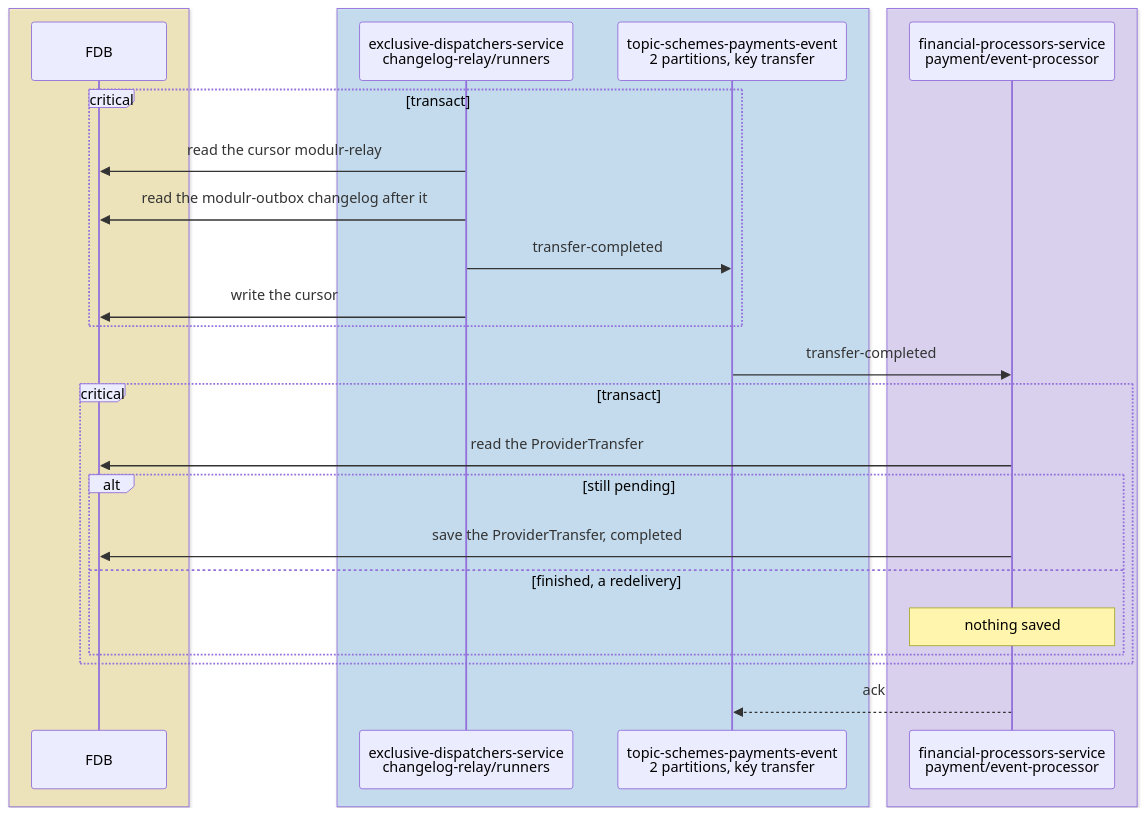
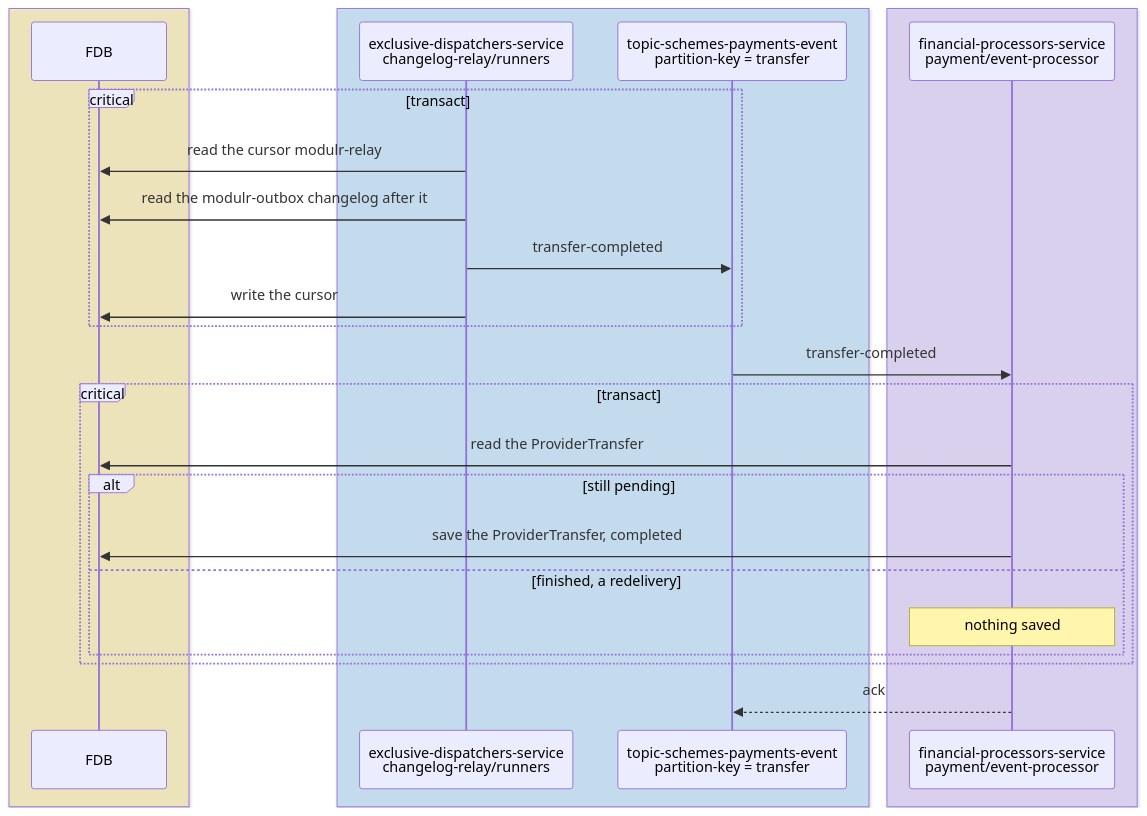
One commit to repldriven/queenswood changed the seventh of 7 diagrams in docs/tdd/payments-internal.md. Above: the diagram before and after it, drawn with Mermaid. The commit also changed other lines of this file, not shown here.

Commit message:
Name each topic's partition key rather than its partition count

````diff
--- a/docs/tdd/payments-internal.md
+++ b/docs/tdd/payments-internal.md
@@ -368,29 +364,29 @@
 ```mermaid
 sequenceDiagram
     box rgba(255, 236, 153, 0.5)
     participant DB as FDB
     end
     box rgba(165, 216, 255, 0.45)
     participant OR as exclusive-dispatchers-service<br/>changelog-relay/runners
-    participant SE as topic-schemes-payments-event<br/>2 partitions, key transfer
+    participant SE as topic-schemes-payments-event<br/>partition-key = transfer
     end
     box rgba(208, 191, 255, 0.45)
     participant PE as financial-processors-service<br/>payment/event-processor
     end
     critical transact
     OR->>DB: read the cursor modulr-relay
     OR->>DB: read the modulr-outbox changelog after it
     OR->>SE: transfer-completed
     OR->>DB: write the cursor
     end
     SE->>PE: transfer-completed
     critical transact
     PE->>DB: read the ProviderTransfer
     alt still pending
     PE->>DB: save the ProviderTransfer, completed
     else finished, a redelivery
     Note over PE: nothing saved
     end
     end
     PE-->>SE: ack
 ```
````
